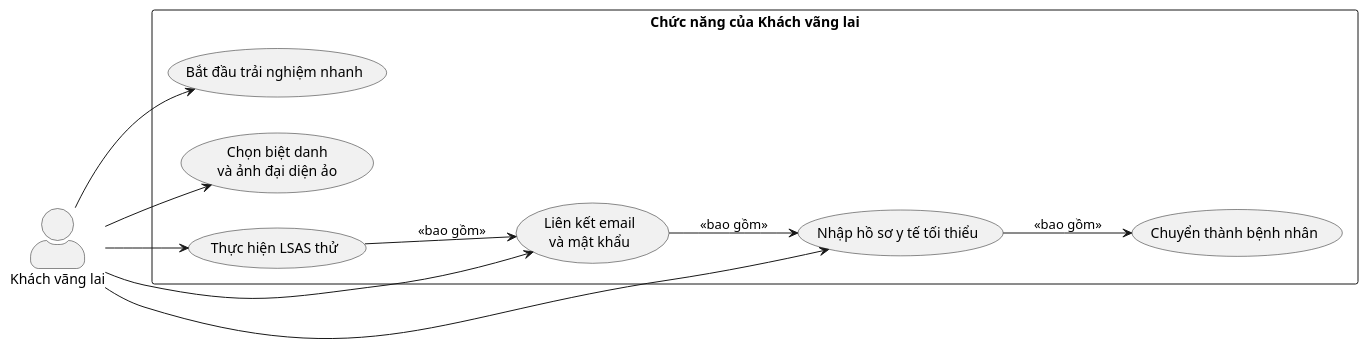
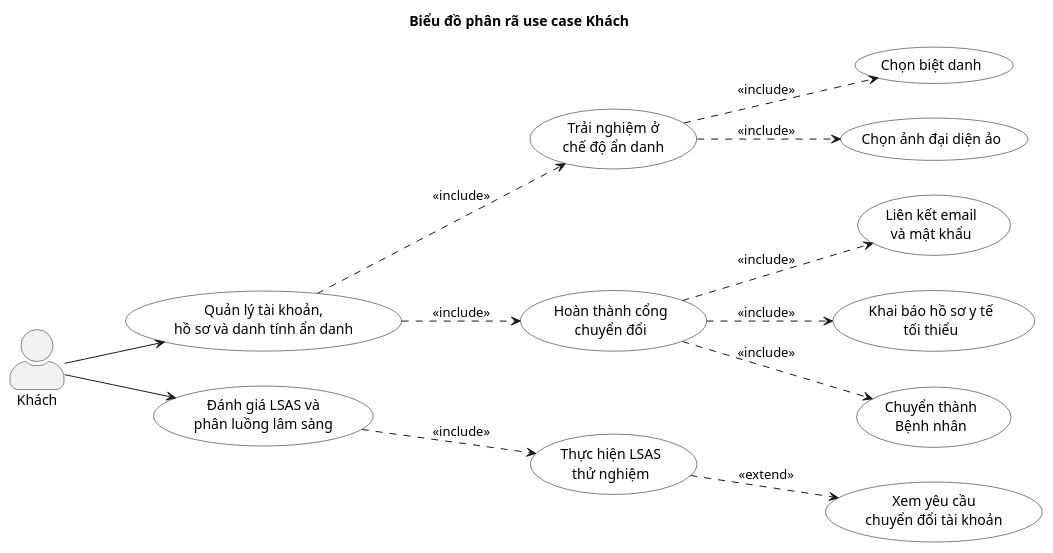
Before and after one commit to phuongtech24/do_an: the diagram in docs/diagrams/Usecase/usecase_guest.puml, drawn with PlantUML. The commit also changed 5 other files, not shown here.

```diff
--- a/docs/diagrams/Usecase/usecase_guest.puml
+++ b/docs/diagrams/Usecase/usecase_guest.puml
@@ -1,27 +1,42 @@
 @startuml
 left to right direction
-skinparam packageStyle rectangle
 skinparam actorStyle awesome
 skinparam defaultFontName Arial
-
-actor "Khách vãng lai" as Guest
-
-rectangle "Chức năng của Khách vãng lai" {
-  usecase "Bắt đầu trải nghiệm nhanh" as G1
-  usecase "Chọn biệt danh\nvà ảnh đại diện ảo" as G2
-  usecase "Thực hiện LSAS thử" as G3
-  usecase "Liên kết email\nvà mật khẩu" as G4
-  usecase "Nhập hồ sơ y tế tối thiểu" as G5
-  usecase "Chuyển thành bệnh nhân" as G6
+skinparam usecase {
+  BackgroundColor White
+  BorderColor Black
 }
 
-Guest --> G1
-Guest --> G2
-Guest --> G3
-Guest --> G4
-Guest --> G5
+title Biểu đồ phân rã use case Khách
 
-G3 --> G4 : <<bao gồm>>
-G4 --> G5 : <<bao gồm>>
-G5 --> G6 : <<bao gồm>>
+actor "Khách" as Guest
+
+usecase "Quản lý tài khoản,\nhồ sơ và danh tính ẩn danh" as G_ACC
+usecase "Đánh giá LSAS và\nphân luồng lâm sàng" as G_LSAS
+
+usecase "Trải nghiệm ở\nchế độ ẩn danh" as G1
+usecase "Chọn biệt danh" as G2
+usecase "Chọn ảnh đại diện ảo" as G3
+usecase "Hoàn thành cổng\nchuyển đổi" as G4
+usecase "Liên kết email\nvà mật khẩu" as G5
+usecase "Khai báo hồ sơ y tế\ntối thiểu" as G6
+usecase "Chuyển thành\nBệnh nhân" as G7
+
+usecase "Thực hiện LSAS\nthử nghiệm" as G8
+usecase "Xem yêu cầu\nchuyển đổi tài khoản" as G9
+
+Guest --> G_ACC
+Guest --> G_LSAS
+
+G_ACC ..> G1 : <<include>>
+G_ACC ..> G4 : <<include>>
+G1 ..> G2 : <<include>>
+G1 ..> G3 : <<include>>
+G4 ..> G5 : <<include>>
+G4 ..> G6 : <<include>>
+G4 ..> G7 : <<include>>
+
+G_LSAS ..> G8 : <<include>>
+G8 ..> G9 : <<extend>>
+
 @enduml
```
